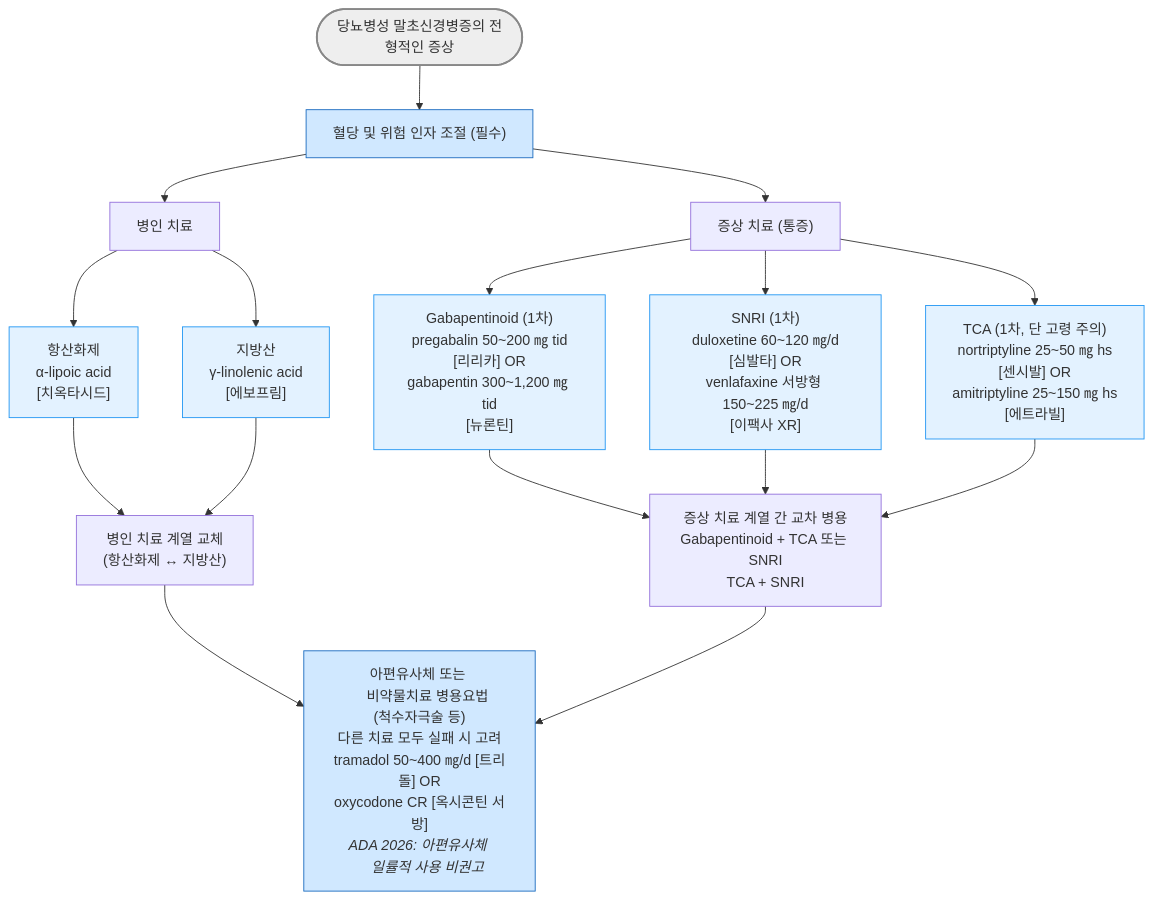
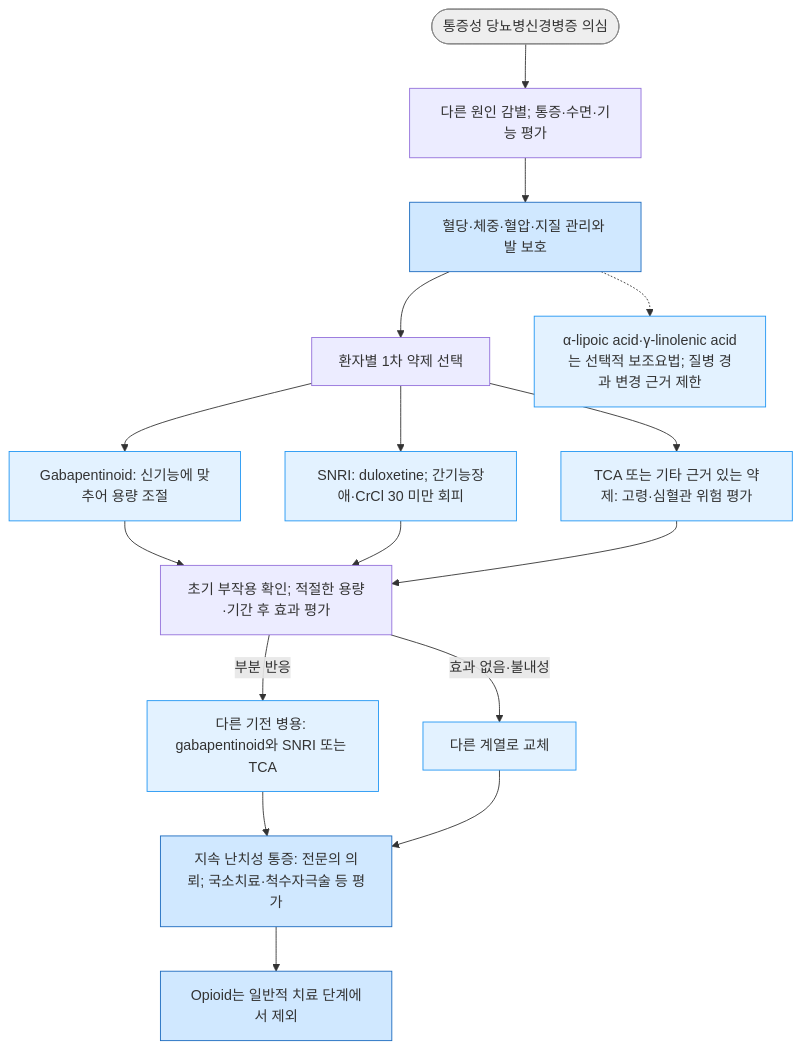
Before and after one commit to familyoh77/familyoh77: the second of 2 diagrams in 226_/102_-complications-of-diabetes.md, drawn with Mermaid. The commit also changed other lines of this file and 8 other files, not shown here.

````diff
--- a/226_/102_-complications-of-diabetes.md
+++ b/226_/102_-complications-of-diabetes.md
@@ -382,28 +386,23 @@
 ```mermaid
 graph TD
-    Start(["당뇨병성 말초신경병증의 전형적인 증상"])
-    Start --> Ctrl["혈당 및 위험 인자 조절 (필수)"]
-    Ctrl --> Path["병인 치료"]
-    Ctrl --> Sym["증상 치료 (통증)"]
-    Path --> PA1["항산화제<br/>α-lipoic acid<br/>[치옥타시드]"]
-    Path --> PA2["지방산<br/>γ-linolenic acid<br/>[에보프림]"]
-    Sym --> SB1["Gabapentinoid (1차)<br/>pregabalin 50~200 ㎎ tid<br/>[리리카] OR<br/>gabapentin 300~1,200 ㎎ tid<br/>[뉴론틴]"]
-    Sym --> SB2["SNRI (1차)<br/>duloxetine 60~120 ㎎/d<br/>[심발타] OR<br/>venlafaxine 서방형 150~225 ㎎/d<br/>[이팩사 XR]"]
-    Sym --> SB3["TCA (1차, 단 고령 주의)<br/>nortriptyline 25~50 ㎎ hs<br/>[센시발] OR<br/>amitriptyline 25~150 ㎎ hs<br/>[에트라빌]"]
-    PA1 --> 2ndP["병인 치료 계열 교체<br/>(항산화제 ↔ 지방산)"]
-    PA2 --> 2ndP
-    SB1 --> 2ndS["증상 치료 계열 간 교차 병용<br/>Gabapentinoid + TCA 또는 SNRI<br/>TCA + SNRI"]
-    SB2 --> 2ndS
-    SB3 --> 2ndS
-    2ndP --> 3rd
-    2ndS --> 3rd
-    3rd["아편유사체 또는 
-    비약물치료 병용요법<br/>(척수자극술 등)<br/>다른 치료 모두 실패 시 고려<br/>tramadol 50~400 ㎎/d [트리돌] OR<br/>oxycodone CR [옥시콘틴 서방]<br/><i>ADA 2026: 아편유사체 
-    일률적 사용 비권고</i>"]
-
-style Start fill:#eeeeee,stroke:#888888,stroke-width:2px
+    A(["통증성 당뇨병신경병증 의심"]) --> B["다른 원인 감별; 통증·수면·기능 평가"]
+    B --> C["혈당·체중·혈압·지질 관리와 발 보호"]
+    C --> D["환자별 1차 약제 선택"]
+    D --> E["Gabapentinoid: 신기능에 맞추어 용량 조절"]
+    D --> F["SNRI: duloxetine; 간기능장애·CrCl 30 미만 회피"]
+    D --> G["TCA 또는 기타 근거 있는 약제: 고령·심혈관 위험 평가"]
+    E --> H["초기 부작용 확인; 적절한 용량·기간 후 효과 평가"]
+    F --> H
+    G --> H
+    H -->|"부분 반응"| I["다른 기전 병용: gabapentinoid와 SNRI 또는 TCA"]
+    H -->|"효과 없음·불내성"| J["다른 계열로 교체"]
+    I --> K["지속 난치성 통증: 전문의 의뢰; 국소치료·척수자극술 등 평가"]
+    J --> K
+    C -.-> L["α-lipoic acid·γ-linolenic acid는 선택적 보조요법; 질병 경과 변경 근거 제한"]
+    K --> M["Opioid는 일반적 치료 단계에서 제외"]
+style A fill:#eeeeee,stroke:#888888
 classDef sky fill:#e3f2ff,stroke:#2196f3
-class PA1,PA2,SB1,SB2,SB3 sky
+class E,F,G,I,J,L sky
 classDef blue fill:#d0e8ff,stroke:#1a6abf
-class Ctrl,3rd blue
+class C,K,M blue
 ```
````
